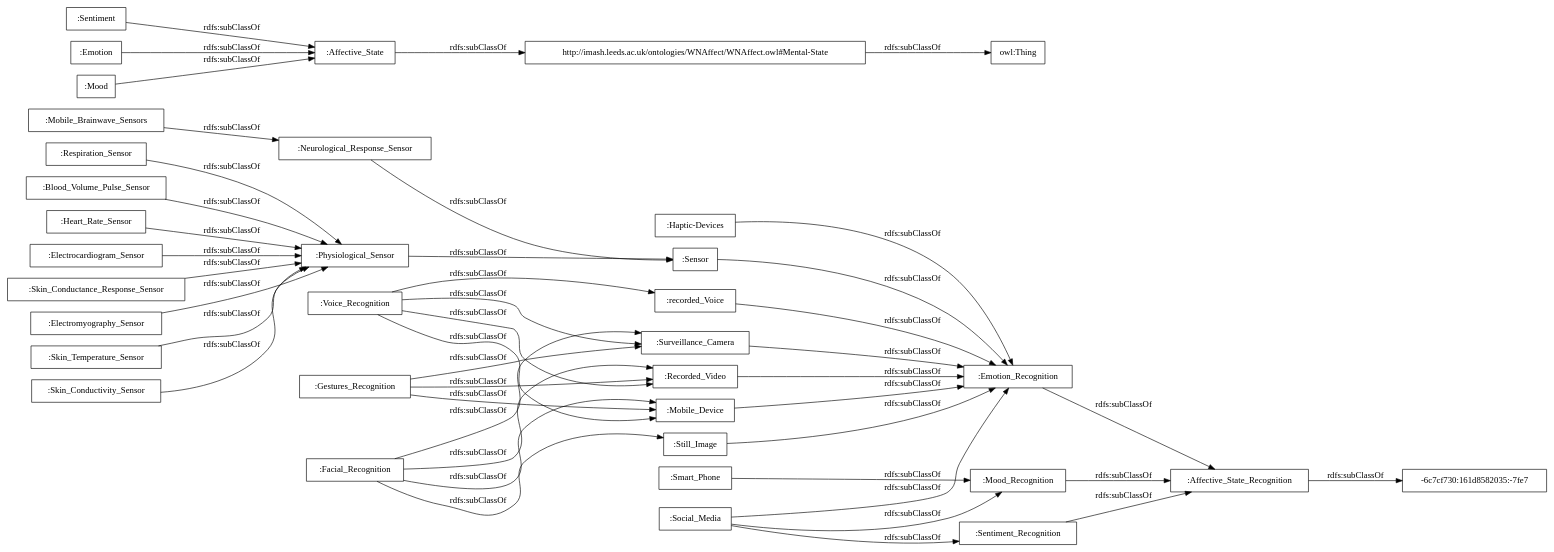
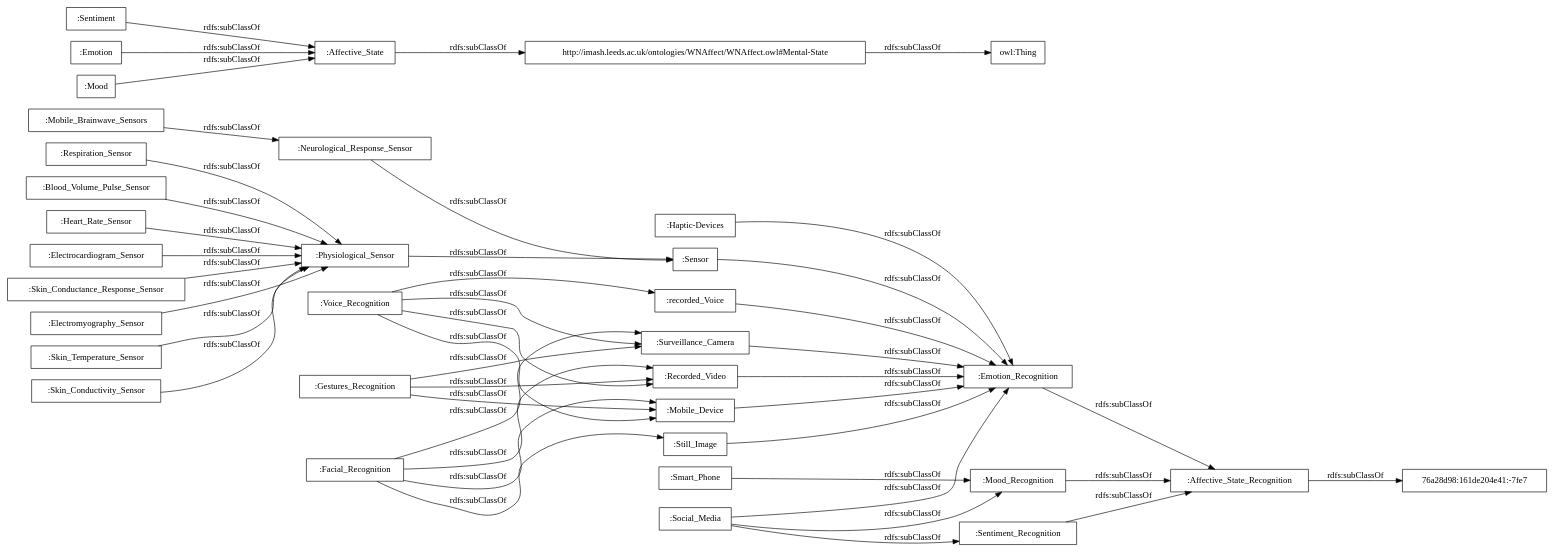
The diagram in OnToology/Affective_States_Recognition_Module.owl/diagrams/ar2dtool-taxonomy/Affective_States_Recognition_Module.owl.png.dot (rana-othman/HASIO-Modularization), drawn with Graphviz before and after one commit. The commit also changed 72 other files, not shown here.

```diff
--- a/OnToology/Affective_States_Recognition_Module.owl/diagrams/ar2dtool-taxonomy/Affective_States_Recognition_Module.owl.png.dot
+++ b/OnToology/Affective_States_Recognition_Module.owl/diagrams/ar2dtool-taxonomy/Affective_States_Recognition_Module.owl.png.dot
@@ -1,48 +1,48 @@
 digraph ar2dtool_diagram { 
 rankdir=LR;
 size="1000"
-node [shape = rectangle, color="black"]; ":Mobile_Device" ":Voice_Recognition" ":Sentiment" ":Heart_Rate_Sensor" ":Neurological_Response_Sensor" ":Haptic-Devices" ":Electrocardiogram_Sensor" ":Still_Image" ":Sensor" ":Emotion" ":Skin_Conductance_Response_Sensor" ":Mood" ":Mobile_Brainwave_Sensors" ":Affective_State" ":recorded_Voice" ":Electromyography_Sensor" ":Physiological_Sensor" ":Skin_Temperature_Sensor" ":Emotion_Recognition" "-6c7cf730:161d8582035:-7fe7" ":Facial_Recognition" ":Skin_Conductivity_Sensor" ":Recorded_Video" ":Surveillance_Camera" ":Gestures_Recognition" "http://imash.leeds.ac.uk/ontologies/WNAffect/WNAffect.owl#Mental-State" ":Mood_Recognition" ":Smart_Phone" ":Sentiment_Recognition" ":Social_Media" ":Respiration_Sensor" ":Blood_Volume_Pulse_Sensor" ":Affective_State_Recognition" ; /*classes style*/
+node [shape = rectangle, color="black"]; ":Mobile_Device" ":Voice_Recognition" ":Sentiment" "76a28d98:161de204e41:-7fe7" ":Heart_Rate_Sensor" ":Neurological_Response_Sensor" ":Haptic-Devices" ":Electrocardiogram_Sensor" ":Still_Image" ":Sensor" ":Emotion" ":Skin_Conductance_Response_Sensor" ":Mood" ":Mobile_Brainwave_Sensors" ":Affective_State" ":recorded_Voice" ":Electromyography_Sensor" ":Physiological_Sensor" ":Emotion_Recognition" ":Skin_Temperature_Sensor" ":Facial_Recognition" ":Skin_Conductivity_Sensor" ":Recorded_Video" ":Surveillance_Camera" ":Gestures_Recognition" "http://imash.leeds.ac.uk/ontologies/WNAffect/WNAffect.owl#Mental-State" ":Mood_Recognition" ":Smart_Phone" ":Sentiment_Recognition" ":Social_Media" ":Respiration_Sensor" ":Blood_Volume_Pulse_Sensor" ":Affective_State_Recognition" ; /*classes style*/
 	":Emotion_Recognition" -> ":Affective_State_Recognition" [ label = "rdfs:subClassOf" ];
 	":Voice_Recognition" -> ":recorded_Voice" [ label = "rdfs:subClassOf" ];
 	":Voice_Recognition" -> ":Surveillance_Camera" [ label = "rdfs:subClassOf" ];
 	":Voice_Recognition" -> ":Recorded_Video" [ label = "rdfs:subClassOf" ];
 	":Voice_Recognition" -> ":Mobile_Device" [ label = "rdfs:subClassOf" ];
 	":Skin_Conductance_Response_Sensor" -> ":Physiological_Sensor" [ label = "rdfs:subClassOf" ];
 	":Smart_Phone" -> ":Mood_Recognition" [ label = "rdfs:subClassOf" ];
 	":Electromyography_Sensor" -> ":Physiological_Sensor" [ label = "rdfs:subClassOf" ];
 	":recorded_Voice" -> ":Emotion_Recognition" [ label = "rdfs:subClassOf" ];
 	":Emotion" -> ":Affective_State" [ label = "rdfs:subClassOf" ];
 	":Skin_Conductivity_Sensor" -> ":Physiological_Sensor" [ label = "rdfs:subClassOf" ];
 	"http://imash.leeds.ac.uk/ontologies/WNAffect/WNAffect.owl#Mental-State" -> "owl:Thing" [ label = "rdfs:subClassOf" ];
 	":Facial_Recognition" -> ":Surveillance_Camera" [ label = "rdfs:subClassOf" ];
 	":Facial_Recognition" -> ":Still_Image" [ label = "rdfs:subClassOf" ];
 	":Facial_Recognition" -> ":Recorded_Video" [ label = "rdfs:subClassOf" ];
 	":Facial_Recognition" -> ":Mobile_Device" [ label = "rdfs:subClassOf" ];
 	":Skin_Temperature_Sensor" -> ":Physiological_Sensor" [ label = "rdfs:subClassOf" ];
 	":Sentiment" -> ":Affective_State" [ label = "rdfs:subClassOf" ];
 	":Mood_Recognition" -> ":Affective_State_Recognition" [ label = "rdfs:subClassOf" ];
 	":Neurological_Response_Sensor" -> ":Sensor" [ label = "rdfs:subClassOf" ];
 	":Affective_State" -> "http://imash.leeds.ac.uk/ontologies/WNAffect/WNAffect.owl#Mental-State" [ label = "rdfs:subClassOf" ];
 	":Mobile_Brainwave_Sensors" -> ":Neurological_Response_Sensor" [ label = "rdfs:subClassOf" ];
 	":Still_Image" -> ":Emotion_Recognition" [ label = "rdfs:subClassOf" ];
-	":Affective_State_Recognition" -> "-6c7cf730:161d8582035:-7fe7" [ label = "rdfs:subClassOf" ];
+	":Affective_State_Recognition" -> "76a28d98:161de204e41:-7fe7" [ label = "rdfs:subClassOf" ];
 	":Recorded_Video" -> ":Emotion_Recognition" [ label = "rdfs:subClassOf" ];
 	":Sentiment_Recognition" -> ":Affective_State_Recognition" [ label = "rdfs:subClassOf" ];
 	":Blood_Volume_Pulse_Sensor" -> ":Physiological_Sensor" [ label = "rdfs:subClassOf" ];
 	":Gestures_Recognition" -> ":Surveillance_Camera" [ label = "rdfs:subClassOf" ];
 	":Gestures_Recognition" -> ":Recorded_Video" [ label = "rdfs:subClassOf" ];
 	":Gestures_Recognition" -> ":Mobile_Device" [ label = "rdfs:subClassOf" ];
 	":Surveillance_Camera" -> ":Emotion_Recognition" [ label = "rdfs:subClassOf" ];
 	":Mobile_Device" -> ":Emotion_Recognition" [ label = "rdfs:subClassOf" ];
 	":Haptic-Devices" -> ":Emotion_Recognition" [ label = "rdfs:subClassOf" ];
 	":Physiological_Sensor" -> ":Sensor" [ label = "rdfs:subClassOf" ];
 	":Electrocardiogram_Sensor" -> ":Physiological_Sensor" [ label = "rdfs:subClassOf" ];
 	":Sensor" -> ":Emotion_Recognition" [ label = "rdfs:subClassOf" ];
 	":Mood" -> ":Affective_State" [ label = "rdfs:subClassOf" ];
 	":Heart_Rate_Sensor" -> ":Physiological_Sensor" [ label = "rdfs:subClassOf" ];
 	":Respiration_Sensor" -> ":Physiological_Sensor" [ label = "rdfs:subClassOf" ];
 	":Social_Media" -> ":Sentiment_Recognition" [ label = "rdfs:subClassOf" ];
 	":Social_Media" -> ":Mood_Recognition" [ label = "rdfs:subClassOf" ];
 	":Social_Media" -> ":Emotion_Recognition" [ label = "rdfs:subClassOf" ];
 
 }
```
